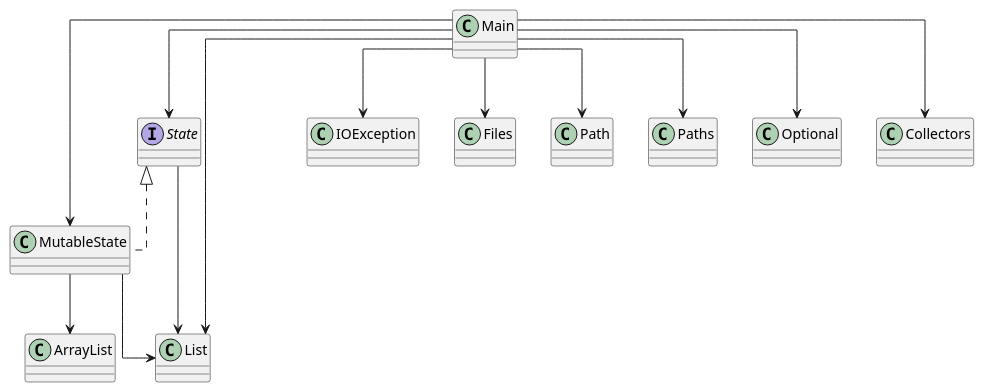
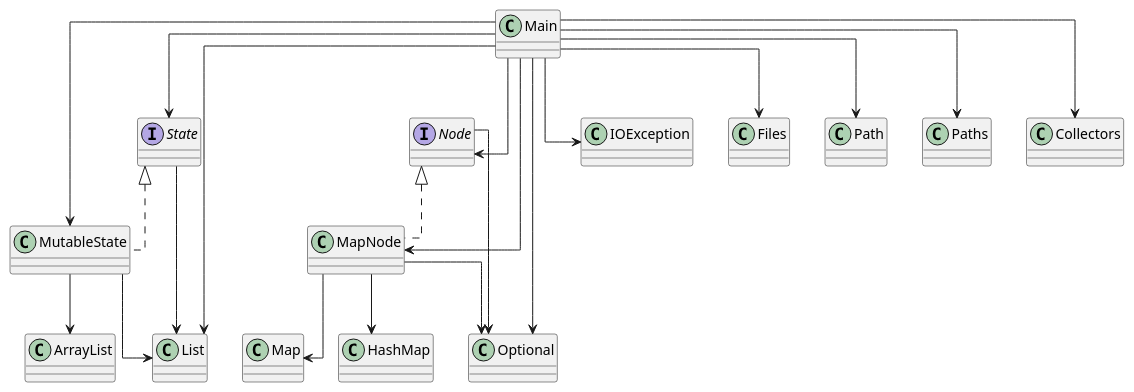
The diagram in diagram.puml (SirMathhman/Magma), drawn with PlantUML before and after one commit. The commit also changed 3 other files, not shown here.

```diff
--- a/diagram.puml
+++ b/diagram.puml
@@ -1,21 +1,31 @@
 @startuml
 skinparam linetype ortho
 class MutableState
 MutableState --> ArrayList
 MutableState --> List
 class MutableState implements State
+class MapNode
+MapNode --> HashMap
+MapNode --> Map
+MapNode --> Optional
+class MapNode implements Node
 class Main
+Main --> MapNode
 Main --> MutableState
+Main --> Node
 Main --> State
 Main --> IOException
 Main --> Files
 Main --> Path
 Main --> Paths
 Main --> List
 Main --> Optional
 Main --> Collectors
 class Main
+class Node
+Node --> Optional
+interface Node
 class State
 State --> List
 interface State
 @enduml
```
